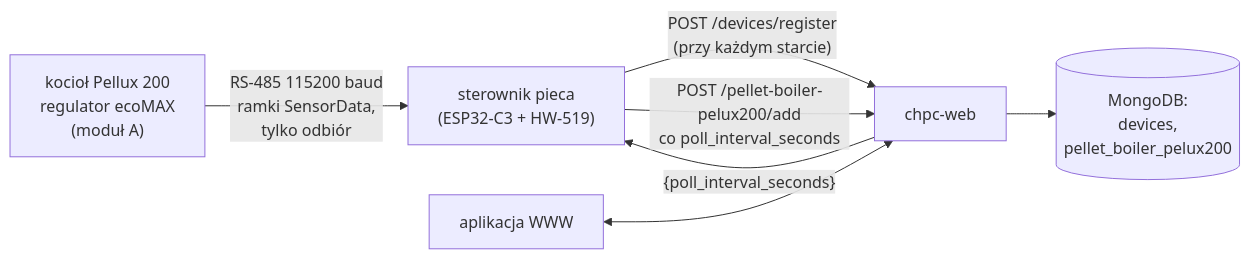
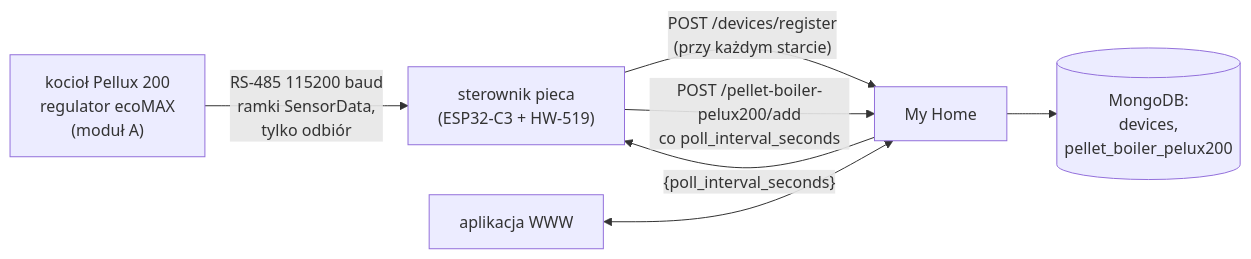
The first of 4 diagrams in docs/moduly/pellet-boiler-pelux200/2-zasada-dzialania.md (robertorlowski/chpc-web), drawn with Mermaid before and after one commit. The commit also changed 37 other files, not shown here.

First line of the commit message:
Dokumentacja: nazwa systemu My Home zamiast chpc-web, README po angielsku

````diff
--- a/docs/moduly/pellet-boiler-pelux200/2-zasada-dzialania.md
+++ b/docs/moduly/pellet-boiler-pelux200/2-zasada-dzialania.md
@@ -7,9 +7,9 @@
 ```mermaid
 flowchart LR
     ECO["kocioł Pellux 200<br/>regulator ecoMAX<br/>(moduł A)"] -- "RS-485 115200 baud<br/>ramki SensorData,<br/>tylko odbiór" --> CO["sterownik pieca<br/>(ESP32-C3 + HW-519)"]
-    CO -- "POST /devices/register<br/>(przy każdym starcie)" --> SRV["chpc-web"]
+    CO -- "POST /devices/register<br/>(przy każdym starcie)" --> SRV["My Home"]
     CO -- "POST /pellet-boiler-pelux200/add<br/>co poll_interval_seconds" --> SRV
     SRV -- "{poll_interval_seconds}" --> CO
     SRV --> DB[("MongoDB:<br/>devices,<br/>pellet_boiler_pelux200")]
     WEB["aplikacja WWW"] <--> SRV
 ```
````
